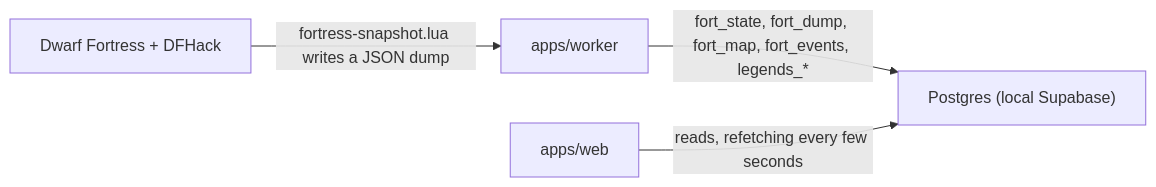
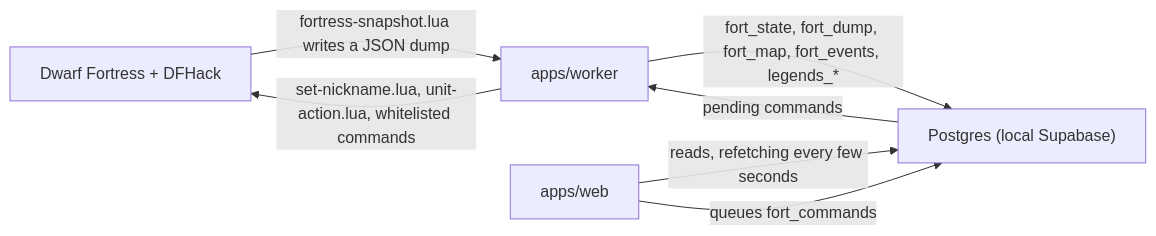
Before and after one commit to ssteiger/dwarf-fortress-manager: the diagram in README.md, drawn with Mermaid. The commit also changed other lines of this file, not shown here.

````diff
--- a/README.md
+++ b/README.md
@@ -7,10 +9,13 @@
 ```mermaid
 flowchart LR
   DF["Dwarf Fortress + DFHack"]
   Worker["apps/worker"]
   DB["Postgres (local Supabase)"]
   Web["apps/web"]
   DF -->|"fortress-snapshot.lua writes a JSON dump"| Worker
   Worker -->|"fort_state, fort_dump, fort_map, fort_events, legends_*"| DB
   Web -->|"reads, refetching every few seconds"| DB
+  Web -->|"queues fort_commands"| DB
+  DB -->|"pending commands"| Worker
+  Worker -->|"set-nickname.lua, unit-action.lua, whitelisted commands"| DF
 ```
````
